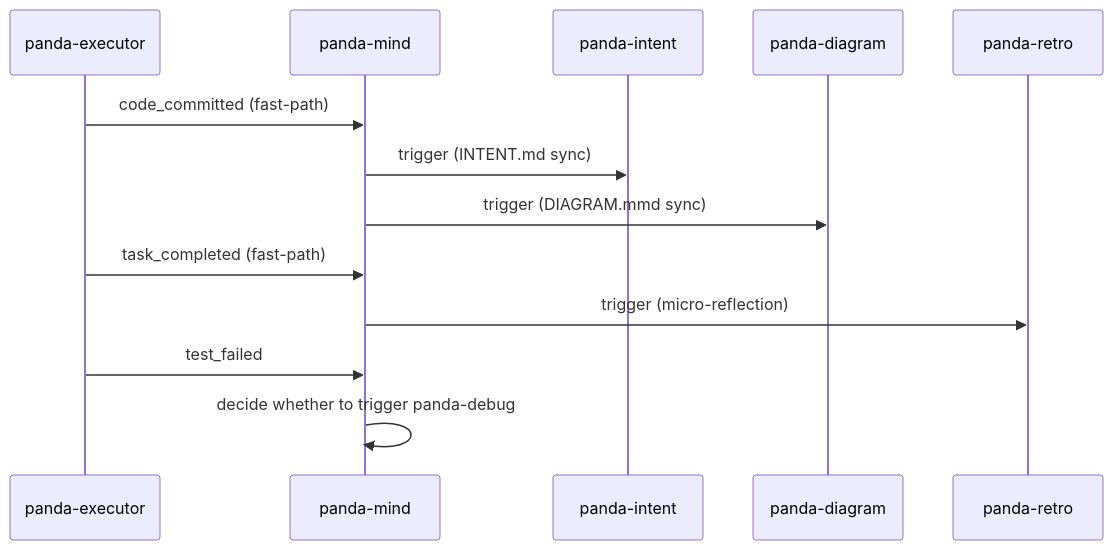
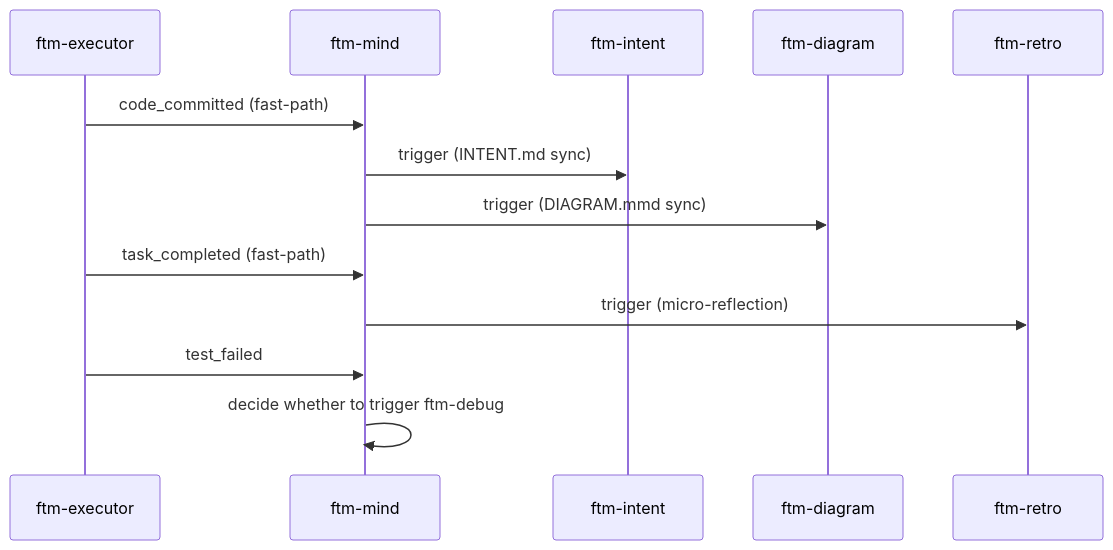
One commit to kkudumu/feed-the-machine changed the fourth of 6 diagrams in docs/ARCHITECTURE.md. Above: the diagram before and after it, drawn with Mermaid. The commit also changed other lines of this file and 199 other files, not shown here.

First line of the commit message:
refactor: rename panda → FTM across entire skill ecosystem

````diff
--- a/docs/ARCHITECTURE.md
+++ b/docs/ARCHITECTURE.md
@@ -138,18 +138,18 @@
 ```mermaid
 sequenceDiagram
-    participant Executor as panda-executor
-    participant Mind as panda-mind
-    participant Intent as panda-intent
-    participant Diagram as panda-diagram
-    participant Retro as panda-retro
+    participant Executor as ftm-executor
+    participant Mind as ftm-mind
+    participant Intent as ftm-intent
+    participant Diagram as ftm-diagram
+    participant Retro as ftm-retro
 
     Executor->>Mind: code_committed (fast-path)
     Mind->>Intent: trigger (INTENT.md sync)
     Mind->>Diagram: trigger (DIAGRAM.mmd sync)
 
     Executor->>Mind: task_completed (fast-path)
     Mind->>Retro: trigger (micro-reflection)
 
     Executor->>Mind: test_failed
-    Mind->>Mind: decide whether to trigger panda-debug
+    Mind->>Mind: decide whether to trigger ftm-debug
 ```
````
